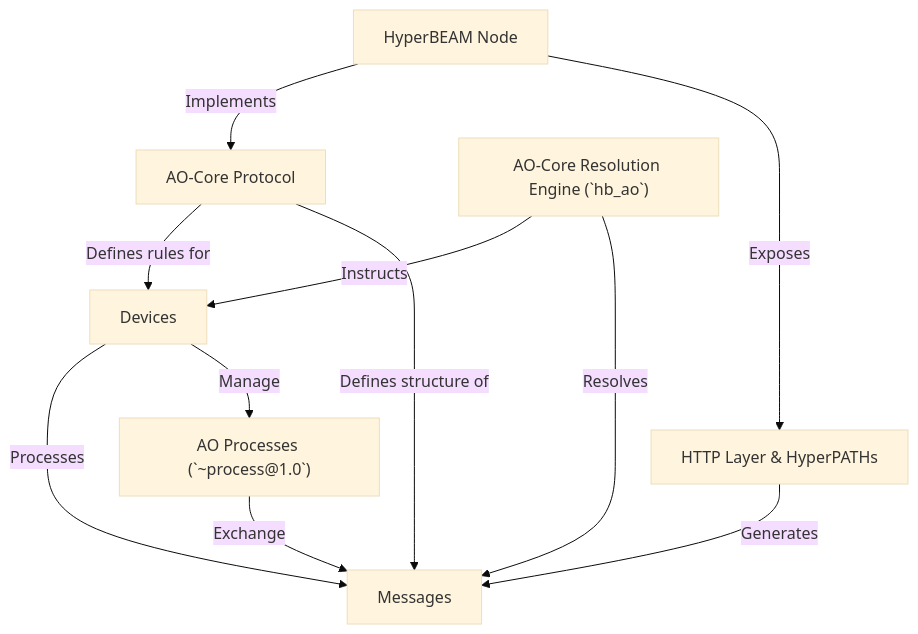
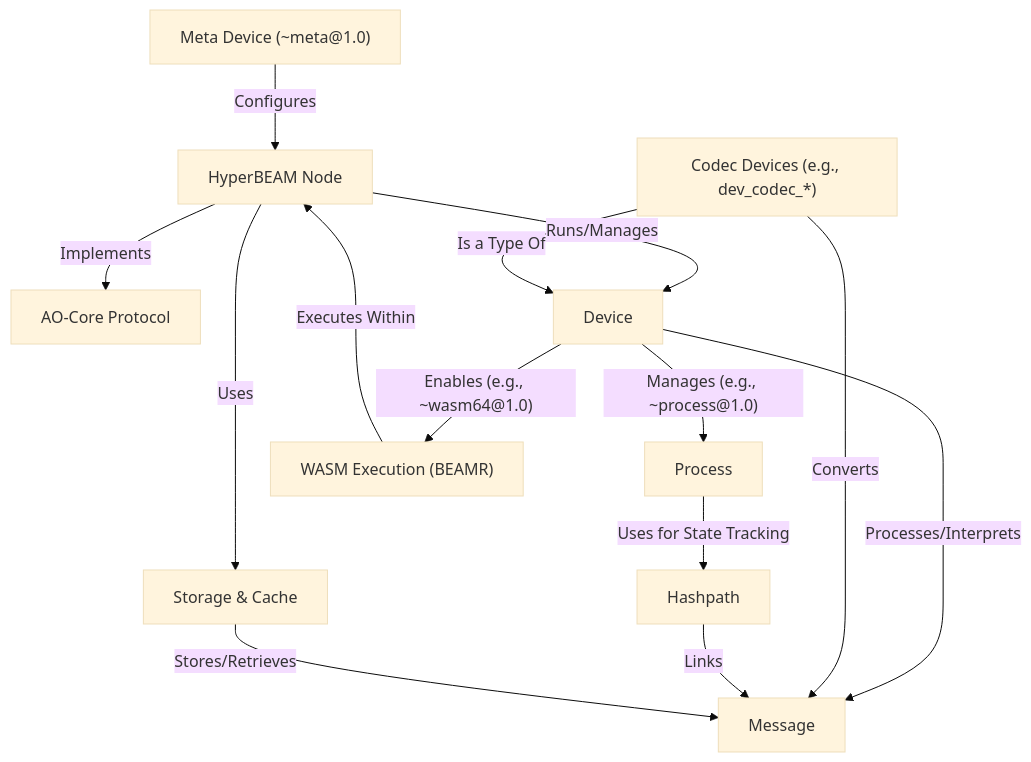
Before and after one commit to samharshe/PocketFlow-docs-for-HyperBEAM: the diagram in README.md, drawn with Mermaid (base theme). The commit also changed other lines of this file and 15 other files, not shown here.

````diff
--- a/README.md
+++ b/README.md
@@ -10,27 +10,36 @@
 ```mermaid
 flowchart TD
-    A0["Messages
+    A0["AO-Core Protocol
 "]
-    A1["Devices
+    A1["HyperBEAM Node
 "]
-    A2["AO-Core Protocol
+    A2["Message
 "]
-    A3["HyperBEAM Node
+    A3["Device
 "]
-    A4["AO Processes (`~process@1.0`)
+    A4["Hashpath
 "]
-    A5["HTTP Layer & HyperPATHs
+    A5["Process
 "]
-    A6["AO-Core Resolution Engine (`hb_ao`)
+    A6["WASM Execution (BEAMR)
 "]
-    A3 -- "Implements" --> A2
-    A2 -- "Defines rules for" --> A1
-    A2 -- "Defines structure of" --> A0
-    A1 -- "Processes" --> A0
-    A6 -- "Instructs" --> A1
-    A6 -- "Resolves" --> A0
-    A5 -- "Generates" --> A0
-    A1 -- "Manage" --> A4
-    A4 -- "Exchange" --> A0
-    A3 -- "Exposes" --> A5
+    A7["Storage & Cache
+"]
+    A8["Meta Device (~meta@1.0)
+"]
+    A9["Codec Devices (e.g., dev_codec_*)
+"]
+    A1 -- "Implements" --> A0
+    A1 -- "Runs/Manages" --> A3
+    A1 -- "Uses" --> A7
+    A8 -- "Configures" --> A1
+    A3 -- "Processes/Interprets" --> A2
+    A3 -- "Manages (e.g., ~process@1.0)" --> A5
+    A3 -- "Enables (e.g., ~wasm64@1.0)" --> A6
+    A9 -- "Converts" --> A2
+    A9 -- "Is a Type Of" --> A3
+    A5 -- "Uses for State Tracking" --> A4
+    A6 -- "Executes Within" --> A1
+    A4 -- "Links" --> A2
+    A7 -- "Stores/Retrieves" --> A2
 ```
````
